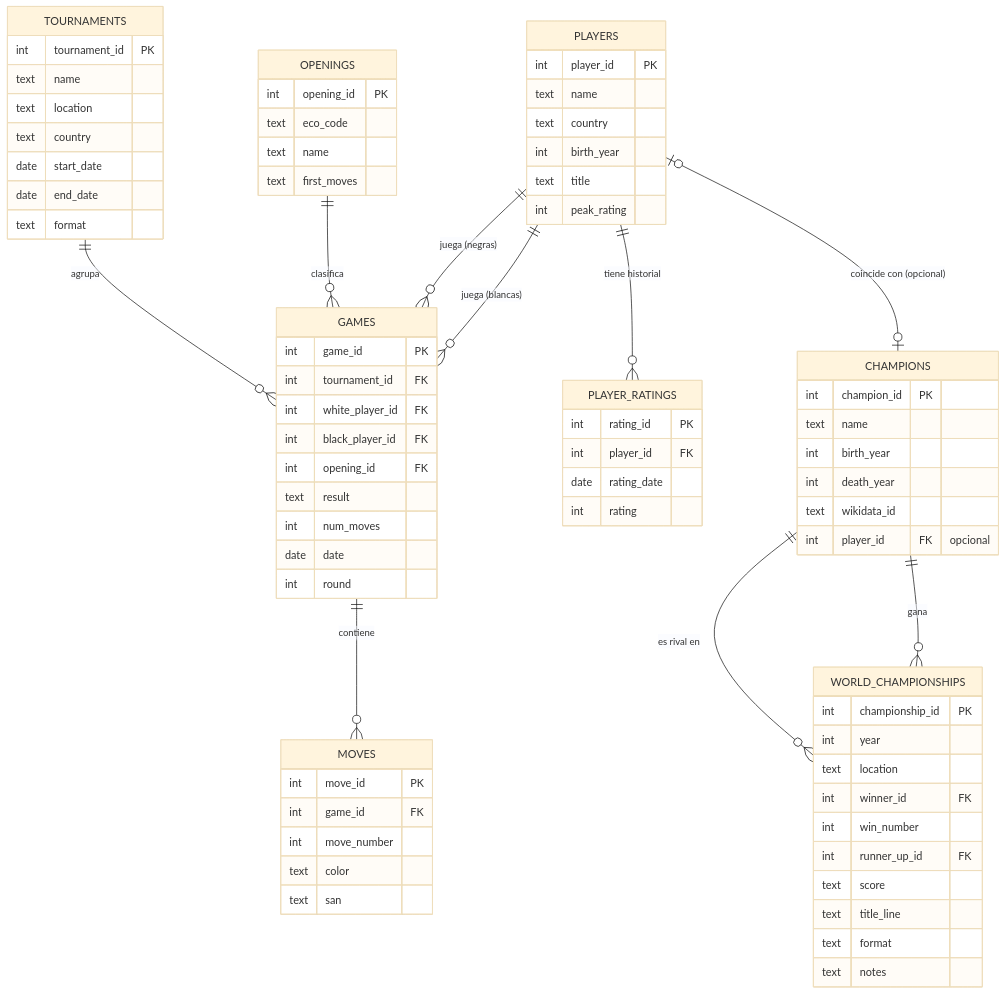
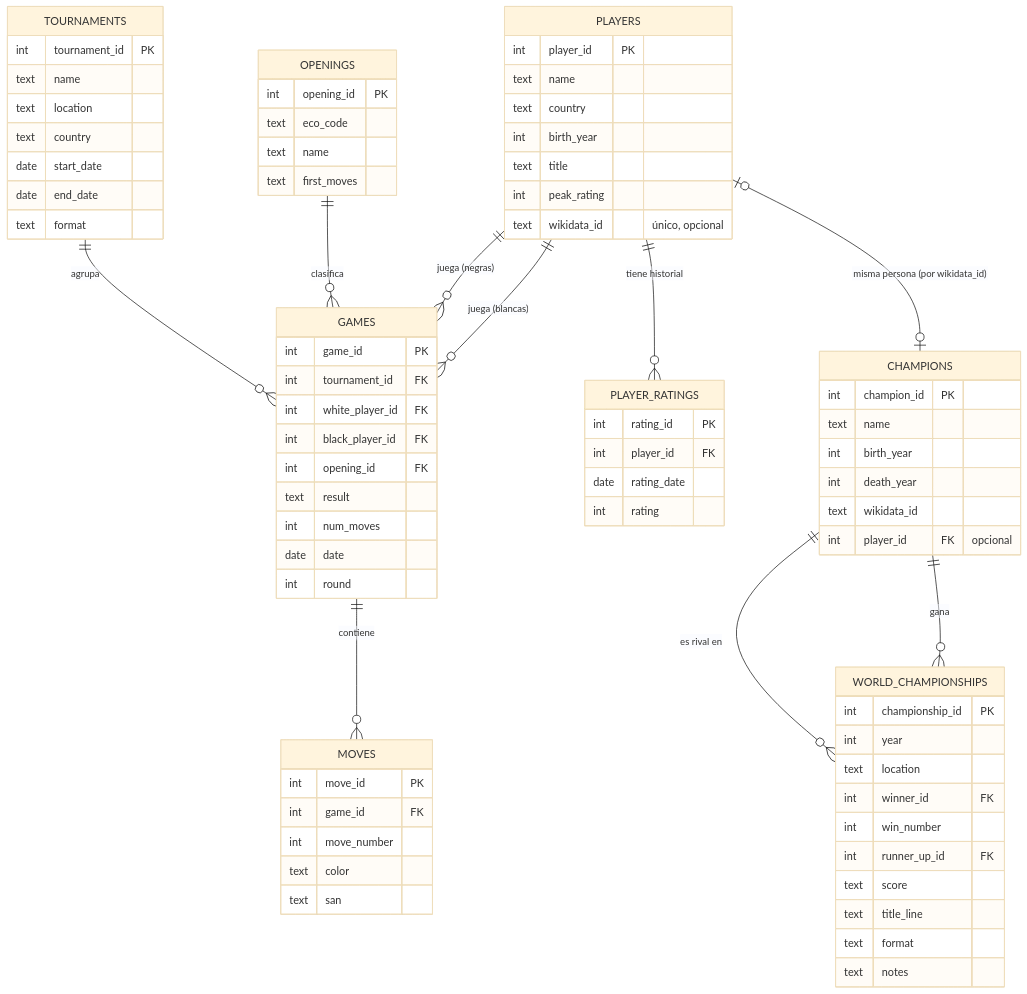
Before and after one commit to lautihevia/chess-sql-ai-agent: the diagram in docs/data/data-model.md, drawn with Mermaid (base theme). The commit also changed other lines of this file and 6 other files, not shown here.

First line of the commit message:
feat(db): link champions to players by Wikidata id, not by name

````diff
--- a/docs/data/data-model.md
+++ b/docs/data/data-model.md
@@ -9,80 +9,81 @@
 ```mermaid
 erDiagram
     PLAYERS ||--o{ GAMES : "juega (blancas)"
     PLAYERS ||--o{ GAMES : "juega (negras)"
     PLAYERS ||--o{ PLAYER_RATINGS : "tiene historial"
     OPENINGS ||--o{ GAMES : "clasifica"
     TOURNAMENTS ||--o{ GAMES : "agrupa"
     GAMES ||--o{ MOVES : "contiene"
     CHAMPIONS ||--o{ WORLD_CHAMPIONSHIPS : "gana"
     CHAMPIONS ||--o{ WORLD_CHAMPIONSHIPS : "es rival en"
-    PLAYERS |o--o| CHAMPIONS : "coincide con (opcional)"
+    PLAYERS |o--o| CHAMPIONS : "misma persona (por wikidata_id)"
 
     PLAYERS {
         int player_id PK
         text name
         text country
         int birth_year
         text title
         int peak_rating
+        text wikidata_id "único, opcional"
     }
     OPENINGS {
         int opening_id PK
         text eco_code
         text name
         text first_moves
     }
     TOURNAMENTS {
         int tournament_id PK
         text name
         text location
         text country
         date start_date
         date end_date
         text format
     }
     GAMES {
         int game_id PK
         int tournament_id FK
         int white_player_id FK
         int black_player_id FK
         int opening_id FK
         text result
         int num_moves
         date date
         int round
     }
     MOVES {
         int move_id PK
         int game_id FK
         int move_number
         text color
         text san
     }
     PLAYER_RATINGS {
         int rating_id PK
         int player_id FK
         date rating_date
         int rating
     }
     CHAMPIONS {
         int champion_id PK
         text name
         int birth_year
         int death_year
         text wikidata_id
         int player_id FK "opcional"
     }
     WORLD_CHAMPIONSHIPS {
         int championship_id PK
         int year
         text location
         int winner_id FK
         int win_number
         int runner_up_id FK
         text score
         text title_line
         text format
         text notes
     }
 ```
````
